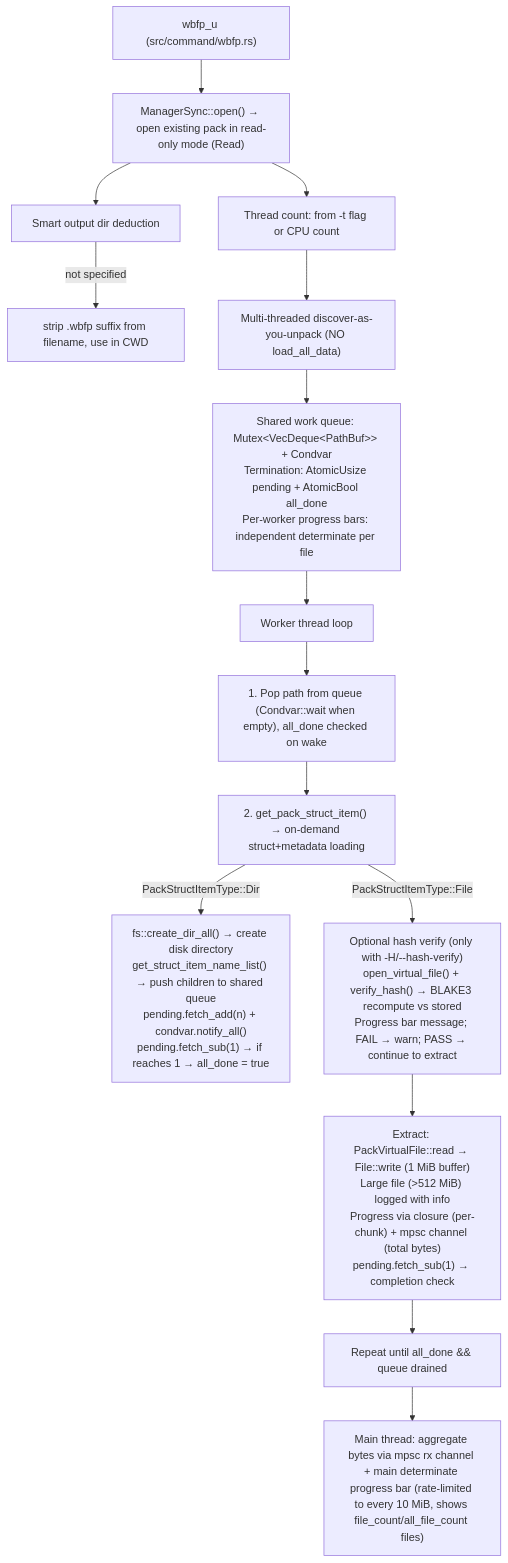
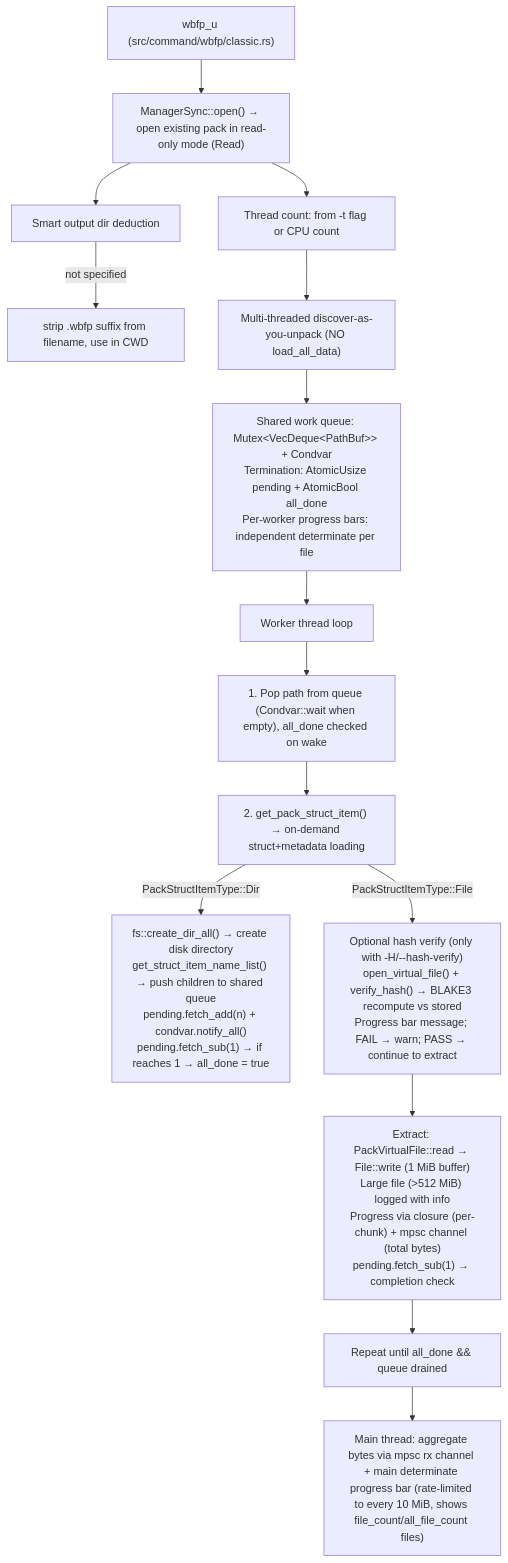
The sixth of 9 diagrams in ARCHITECTURE.md (WaterBall20/water_ball_tool), drawn with Mermaid before and after one commit. The commit also changed other lines of this file and 63 other files, not shown here.

````diff
--- a/ARCHITECTURE.md
+++ b/ARCHITECTURE.md
@@ -921,18 +977,18 @@
 ```mermaid
 flowchart TD
-    U["wbfp_u (src/command/wbfp.rs)"]
+    U["wbfp_u (src/command/wbfp/classic.rs)"]
     U --> O["ManagerSync::open() → open existing pack in read-only mode (Read)"]
     O --> OD["Smart output dir deduction"]
     OD -->|" not specified "| OD1["strip .wbfp suffix from filename, use in CWD"]
     O --> TC["Thread count: from -t flag or CPU count"]
     TC --> DIS["Multi-threaded discover-as-you-unpack (NO load_all_data)"]
     DIS --> Q["Shared work queue: Mutex&lt;VecDeque&lt;PathBuf&gt;&gt; + Condvar<br/>Termination: AtomicUsize pending + AtomicBool all_done<br/>Per-worker progress bars: independent determinate per file"]
     Q --> W["Worker thread loop"]
     W --> W1["1. Pop path from queue (Condvar::wait when empty), all_done checked on wake"]
     W1 --> W2["2. get_pack_struct_item() → on-demand struct+metadata loading"]
     W2 -->|" PackStructItemType::Dir "| WD["fs::create_dir_all() → create disk directory<br/>get_struct_item_name_list() → push children to shared queue<br/>pending.fetch_add(n) + condvar.notify_all()<br/>pending.fetch_sub(1) → if reaches 1 → all_done = true"]
     W2 -->|" PackStructItemType::File "| WF["Optional hash verify (only with -H/--hash-verify)<br/>open_virtual_file() + verify_hash() → BLAKE3 recompute vs stored<br/>Progress bar message; FAIL → warn; PASS → continue to extract"]
     WF --> WE["Extract: PackVirtualFile::read → File::write (1 MiB buffer)<br/>Large file (&gt;512 MiB) logged with info<br/>Progress via closure (per-chunk) + mpsc channel (total bytes)<br/>pending.fetch_sub(1) → completion check"]
     WE --> WLOOP["Repeat until all_done && queue drained"]
     WLOOP --> M["Main thread: aggregate bytes via mpsc rx channel + main determinate progress bar (rate-limited to every 10 MiB, shows file_count/all_file_count files)"]
 ```
````
